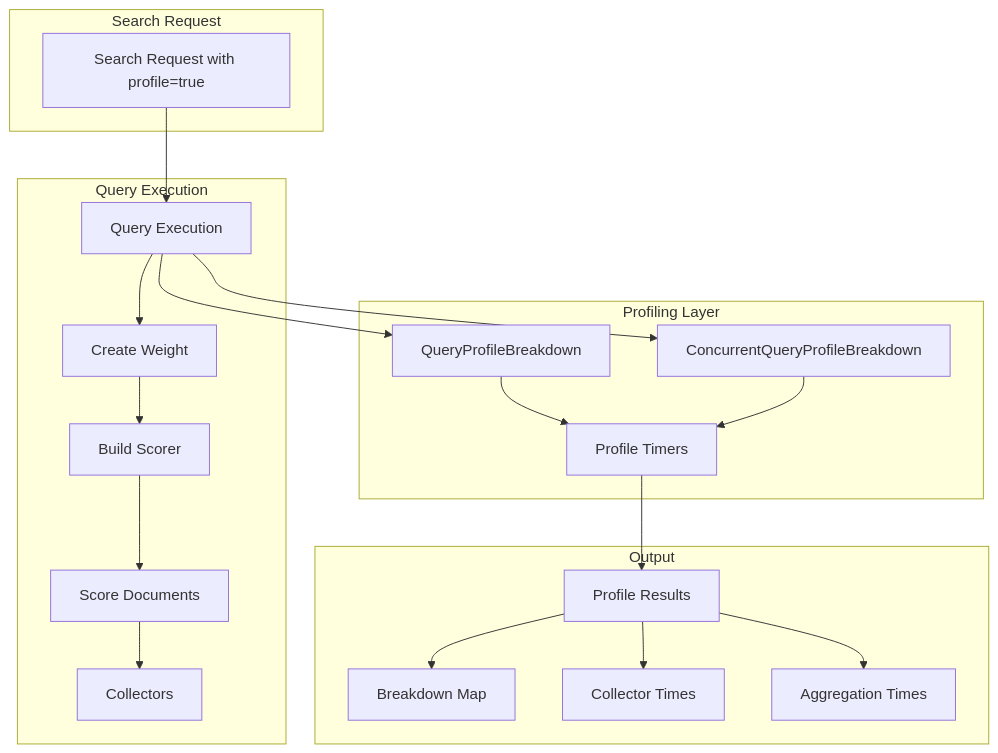
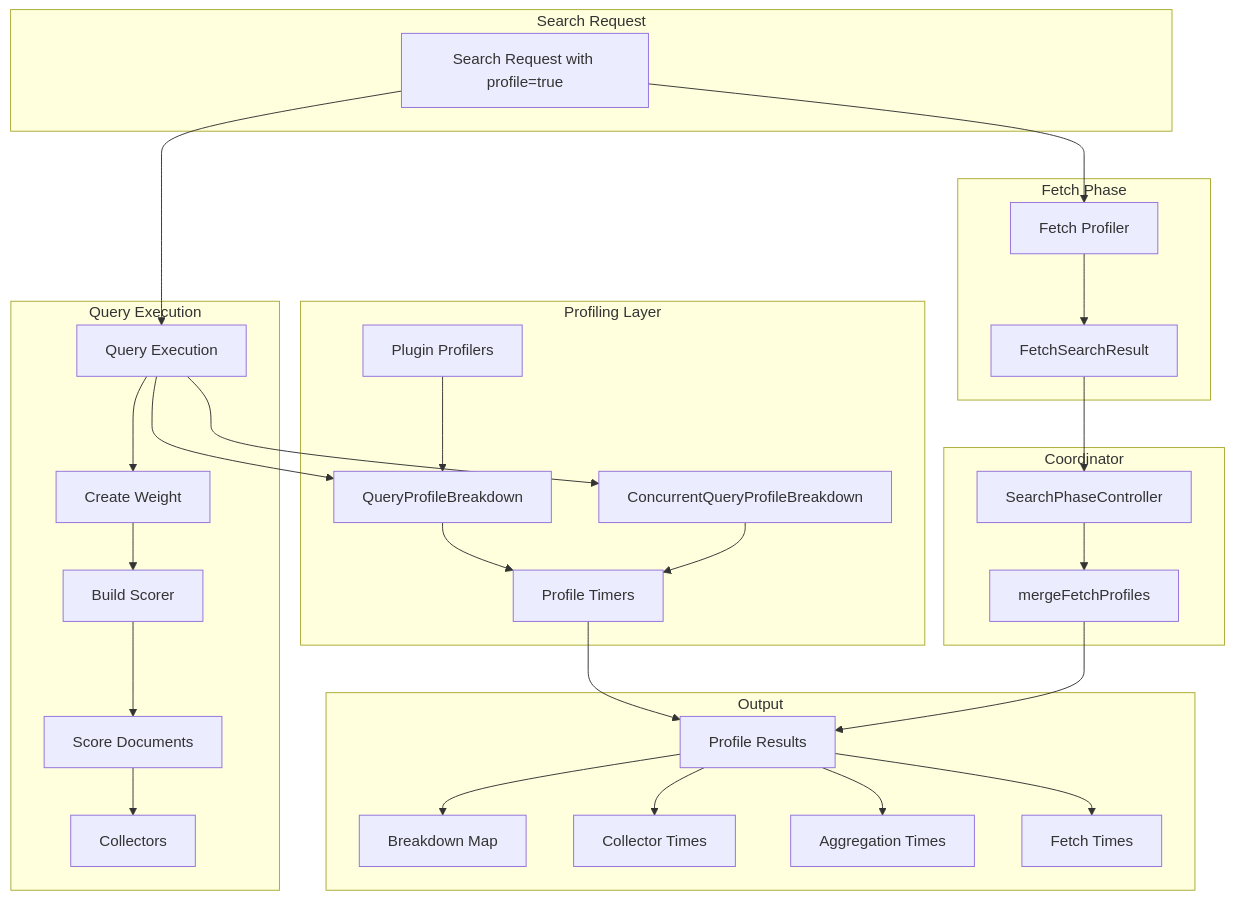
One commit to tkykenmt/opensearch-feature-explorer changed the first of 2 diagrams in docs/features/opensearch/profiler.md. Above: the diagram before and after it, drawn with Mermaid. The commit also changed other lines of this file and 2 other files, not shown here.

Commit message:
docs: add plugin profiling report for v3.2.0 (#1216)

````diff
--- a/docs/features/opensearch/profiler.md
+++ b/docs/features/opensearch/profiler.md
@@ -11,43 +11,63 @@
 ```mermaid
 graph TB
     subgraph "Search Request"
         SR[Search Request with profile=true]
     end
     
     subgraph "Query Execution"
         QE[Query Execution]
         CW[Create Weight]
         BS[Build Scorer]
         SC[Score Documents]
         CO[Collectors]
     end
     
     subgraph "Profiling Layer"
         QPB[QueryProfileBreakdown]
         CQPB[ConcurrentQueryProfileBreakdown]
+        PP[Plugin Profilers]
         PT[Profile Timers]
+    end
+    
+    subgraph "Fetch Phase"
+        FP[Fetch Profiler]
+        FSR[FetchSearchResult]
+    end
+    
+    subgraph "Coordinator"
+        SPC[SearchPhaseController]
+        MFP[mergeFetchProfiles]
     end
     
     subgraph "Output"
         PR[Profile Results]
         BD[Breakdown Map]
         CT[Collector Times]
         AT[Aggregation Times]
+        FT[Fetch Times]
     end
     
     SR --> QE
     QE --> CW
     CW --> BS
     BS --> SC
     SC --> CO
     
     QE --> QPB
     QE --> CQPB
+    PP --> QPB
     QPB --> PT
     CQPB --> PT
     
+    SR --> FP
+    FP --> FSR
+    FSR --> SPC
+    SPC --> MFP
+    
     PT --> PR
+    MFP --> PR
     PR --> BD
     PR --> CT
     PR --> AT
+    PR --> FT
 ```
````
